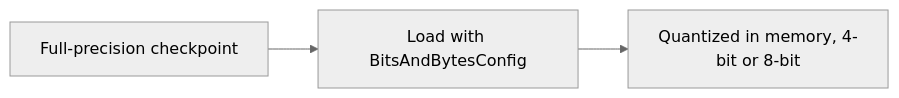
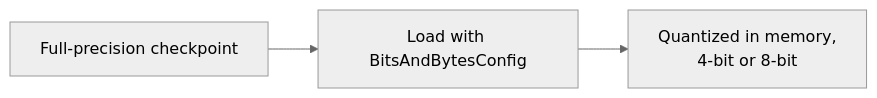
One commit to zirachw/LockedIn changed the fourth of 4 diagrams in ai-engineering/quantization.md. Above: the diagram before and after it, drawn with Mermaid (neutral theme). The commit also changed other lines of this file, not shown here.

````diff
--- a/ai-engineering/quantization.md
+++ b/ai-engineering/quantization.md
@@ -101,5 +101,5 @@
 ```mermaid
 flowchart LR
     W[Full-precision checkpoint] --> L[Load with BitsAndBytesConfig]
-    L --> Q[Quantized in memory, 4-bit or 8-bit]
+    L --> Q[Quantized in memory,<br/>4-bit or 8-bit]
 ```
````
